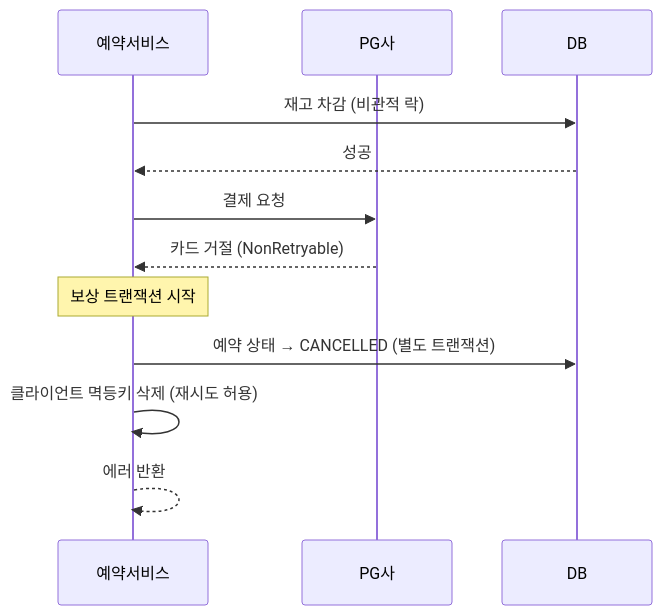
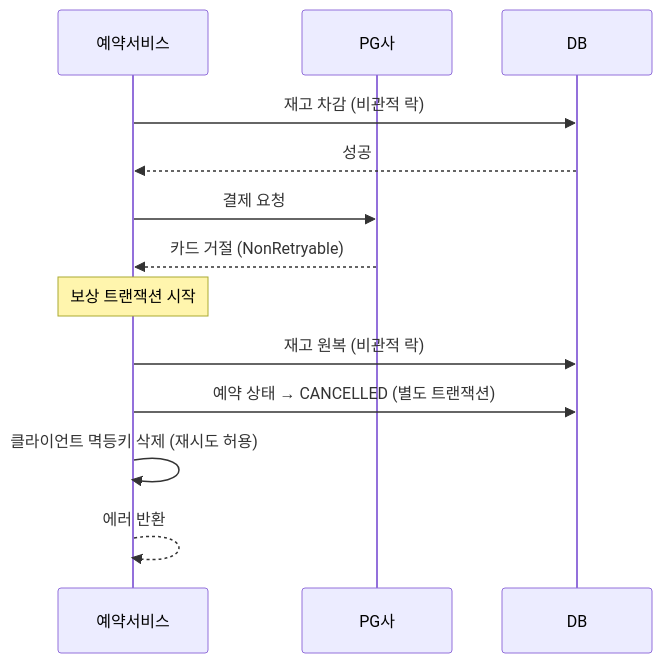
Before and after one commit to Jin409/hotdeal-reservation: the fifth of 11 diagrams in README.md, drawn with Mermaid. The commit also changed other lines of this file and 2 other files, not shown here.

````diff
--- a/README.md
+++ b/README.md
@@ -211,14 +211,15 @@
 ```mermaid
 sequenceDiagram
     participant 예약서비스
     participant PG사
     participant DB
     예약서비스 ->> DB: 재고 차감 (비관적 락)
     DB -->> 예약서비스: 성공
     예약서비스 ->> PG사: 결제 요청
     PG사 -->> 예약서비스: 카드 거절 (NonRetryable)
     Note over 예약서비스: 보상 트랜잭션 시작
+    예약서비스 ->> DB: 재고 원복 (비관적 락)
     예약서비스 ->> DB: 예약 상태 → CANCELLED (별도 트랜잭션)
     예약서비스 ->> 예약서비스: 클라이언트 멱등키 삭제 (재시도 허용)
     예약서비스 -->> 예약서비스: 에러 반환
 ```
````
